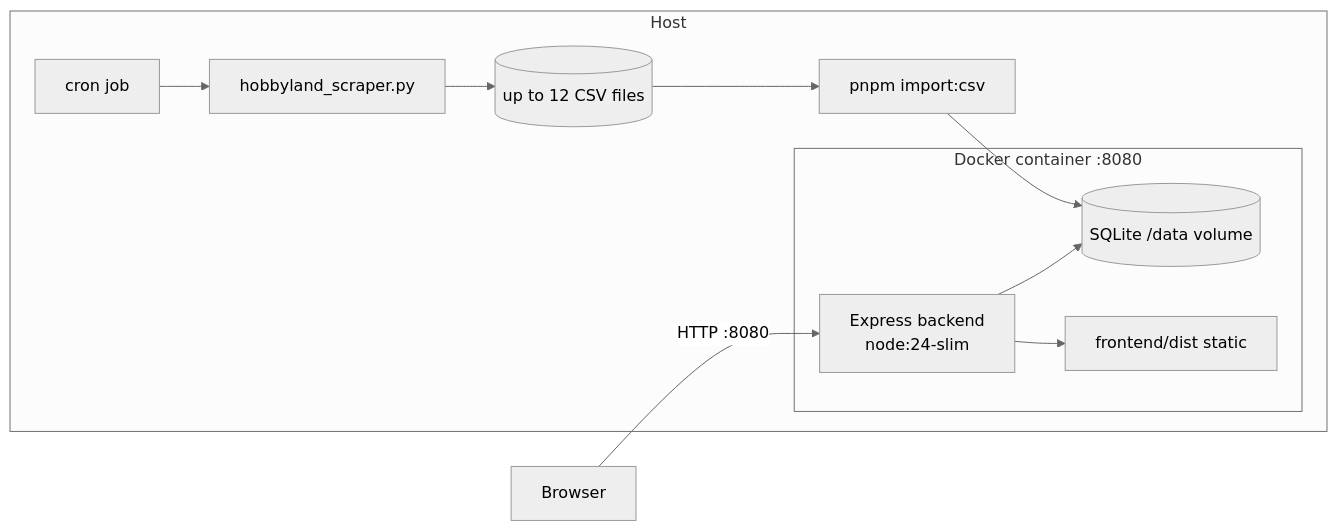
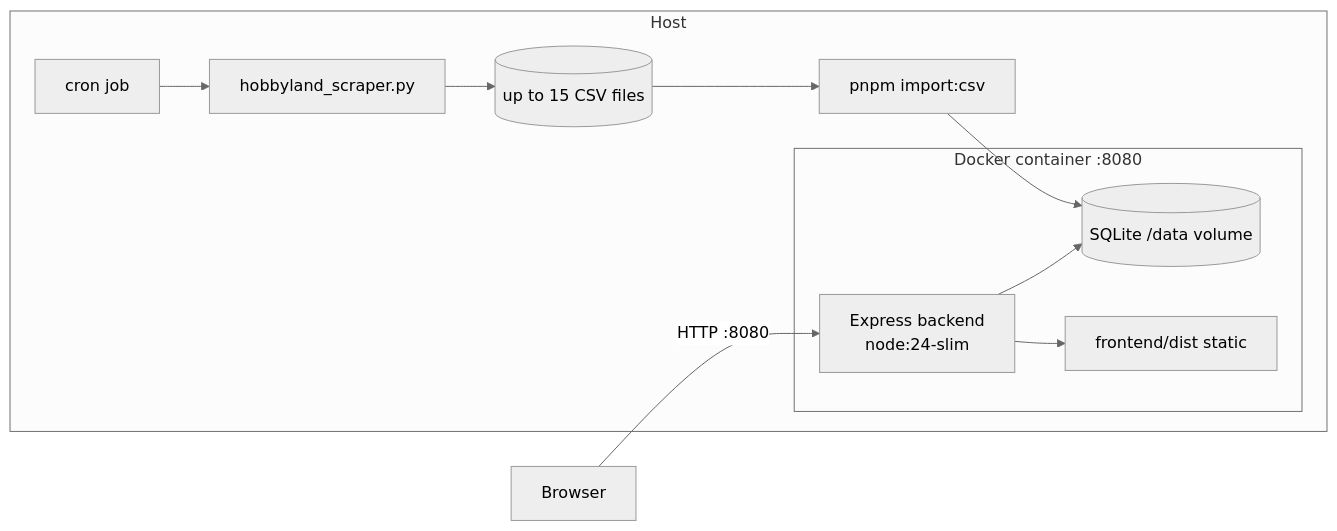
One commit to jakwong1981/hobbyland changed the seventh of 7 diagrams in docs/ARCHITECTURE.md. Above: the diagram before and after it, drawn with Mermaid (neutral theme). The commit also changed other lines of this file and 50 other files, not shown here.

````diff
--- a/docs/ARCHITECTURE.md
+++ b/docs/ARCHITECTURE.md
@@ -182,14 +182,14 @@
 ```mermaid
 flowchart LR
     subgraph Host
         CRON[cron job] --> SCR[hobbyland_scraper.py]
-        SCR --> CSV[(up to 12 CSV files)]
+        SCR --> CSV[(up to 15 CSV files)]
         CSV --> CLI[pnpm import:csv]
         subgraph Docker container :8080
             BE[Express backend<br/>node:24-slim] --> DB[(SQLite /data volume)]
             BE --> FE[frontend/dist static]
         end
         CLI --> DB
     end
     Browser -->|HTTP :8080| BE
 ```
````
